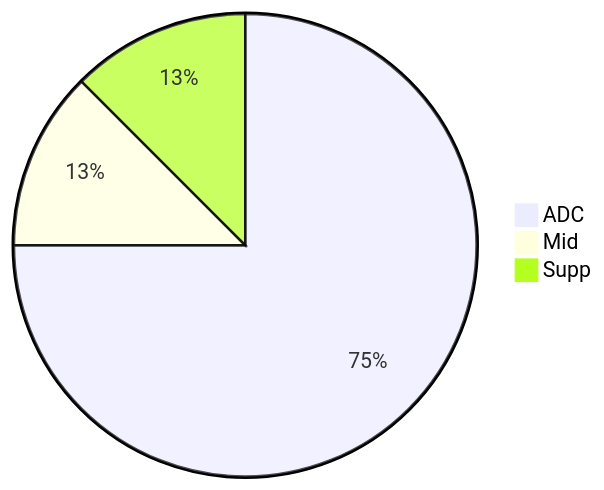
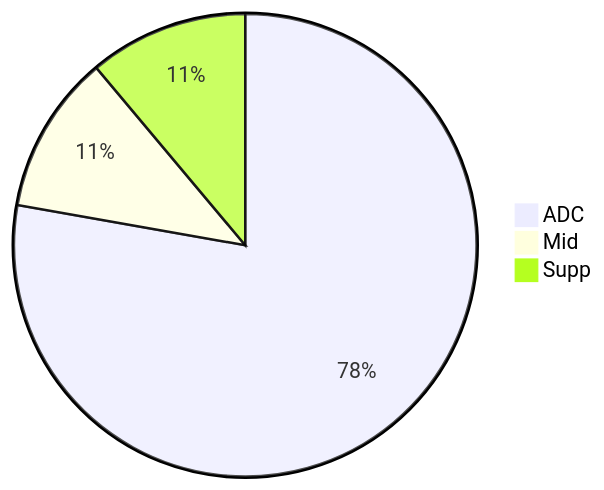
One commit to flowinho/zensical-website changed the first of 4 diagrams in docs/gaming/wild-rift.md. Above: the diagram before and after it, drawn with Mermaid. The commit also changed other lines of this file, not shown here.

````diff
--- a/docs/gaming/wild-rift.md
+++ b/docs/gaming/wild-rift.md
@@ -56,6 +56,6 @@
 ```mermaid
 pie 
-    "ADC" : 6
+    "ADC" : 7
     "Mid" : 1
     "Supp" : 1
 ```
````
